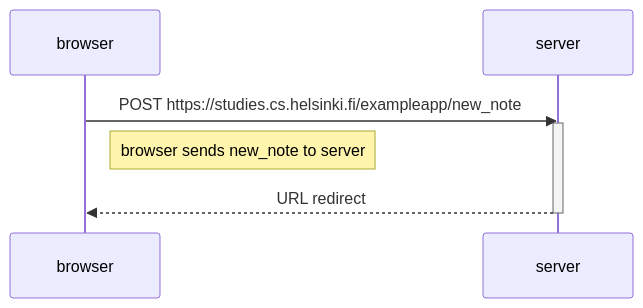
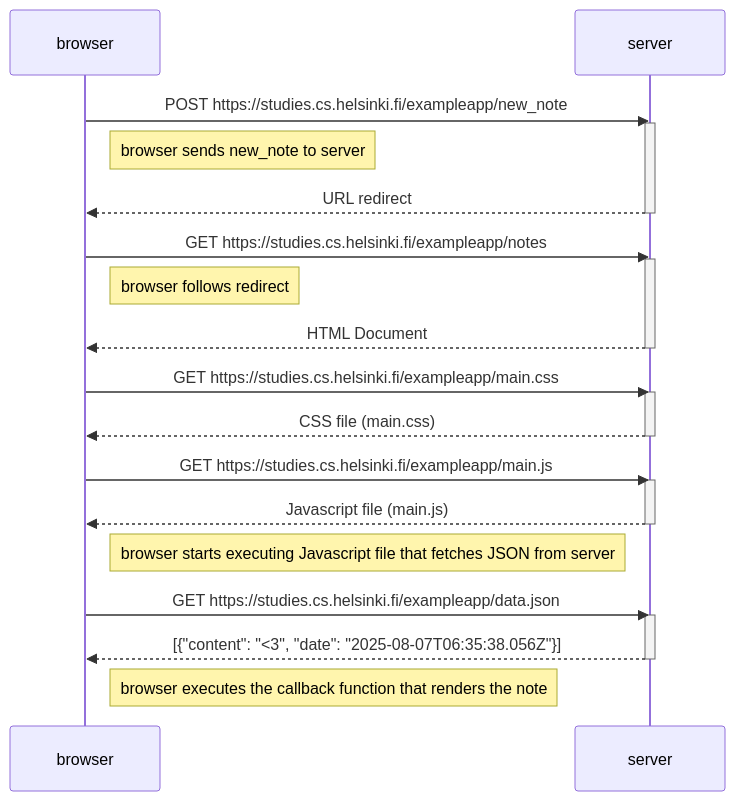
One commit to ThanujaRandima/Full-stack-open changed the diagram in part 0/0.4: New note diagram.md. Above: the diagram before and after it, drawn with Mermaid.

Commit message:
update 2

````diff
--- a/part 0/0.4: New note diagram.md
+++ b/part 0/0.4: New note diagram.md
@@ -1,12 +1,37 @@
 ```mermaid
 sequenceDiagram
    participant browser
    participant server
 
    browser->>server: POST https://studies.cs.helsinki.fi/exampleapp/new_note
    activate server
    Note right of browser: browser sends new_note to server
    server-->>browser: URL redirect
    deactivate server
 
+   browser->>server: GET https://studies.cs.helsinki.fi/exampleapp/notes
+   activate server
+   Note right of browser: browser follows redirect
+   server-->>browser: HTML Document
+   deactivate server
+
+   browser->>server: GET https://studies.cs.helsinki.fi/exampleapp/main.css
+   activate server
+   server-->>browser: CSS file (main.css)
+   deactivate server
+
+   browser->>server: GET https://studies.cs.helsinki.fi/exampleapp/main.js
+   activate server
+   server-->>browser: Javascript file (main.js)
+   deactivate server
+
+   Note right of browser: browser starts executing Javascript file that fetches JSON from server
+
+   browser->>server: GET https://studies.cs.helsinki.fi/exampleapp/data.json
+   activate server
+   server-->>browser: [{"content": "<3", "date": "2025-08-07T06:35:38.056Z"}]
+   deactivate server
+
+   Note right of browser: browser executes the callback function that renders the note
+
 ```
````
